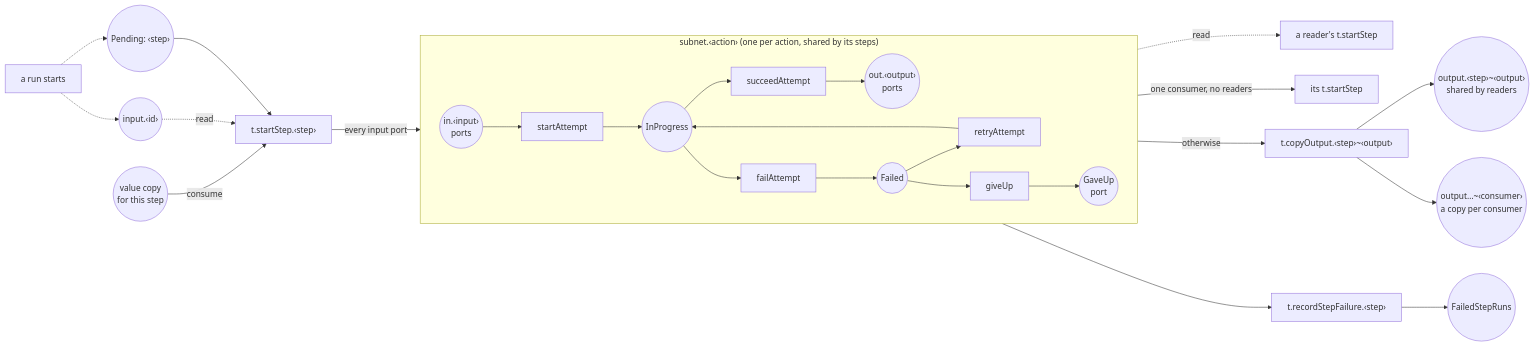
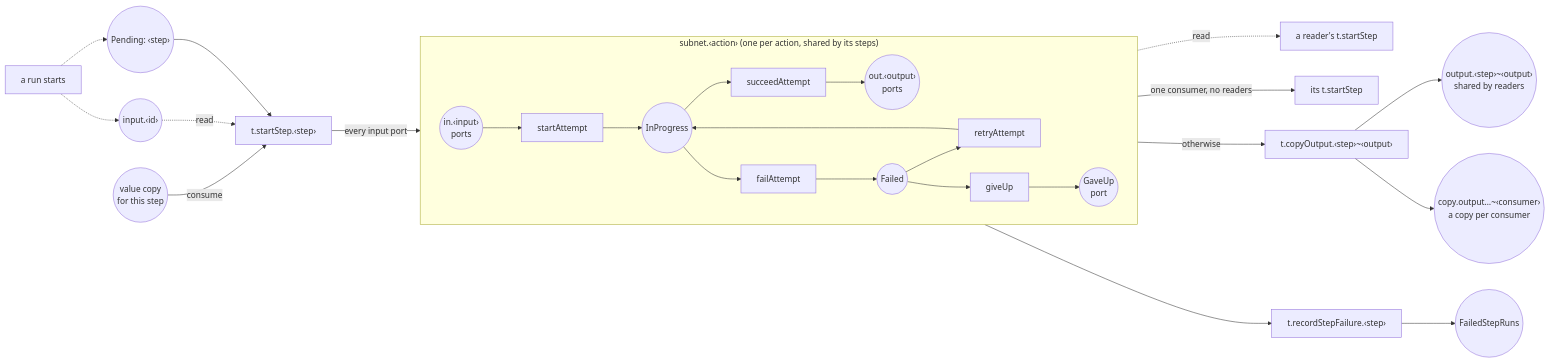
One commit to hashintel/hash changed the second of 3 diagrams in libs/@local/flow-petri-net/README.md. Above: the diagram before and after it, drawn with Mermaid. The commit also changed other lines of this file and 2 other files, not shown here.

Commit message:
Give copies a key namespace of their own, so no flow input's name can make a copy's key another value's

````diff
--- a/libs/@local/flow-petri-net/README.md
+++ b/libs/@local/flow-petri-net/README.md
@@ -54,32 +54,32 @@
 ```mermaid
 flowchart LR
   runStart["a run starts"] -.-> inputPlace(("input.‹id›"))
   runStart -.-> pending(("Pending: ‹step›"))
 
   pending --> startStep["t.startStep.‹step›"]
   inputPlace -. read .-> startStep
   upstreamCopy(("value copy<br/>for this step")) -- consume --> startStep
 
   subgraph subnet ["subnet.‹action› (one per action, shared by its steps)"]
     direction LR
     inPorts(("in.‹input›<br/>ports")) --> startAttempt["startAttempt"]
     startAttempt --> inProgress(("InProgress"))
     inProgress --> succeedAttempt["succeedAttempt"]
     succeedAttempt --> outPorts(("out.‹output›<br/>ports"))
     inProgress --> failAttempt["failAttempt"]
     failAttempt --> failed(("Failed"))
     failed --> retryAttempt["retryAttempt"]
     retryAttempt --> inProgress
     failed --> giveUp["giveUp"]
     giveUp --> gaveUp(("GaveUp<br/>port"))
   end
 
   startStep -- every input port --> inPorts
   outPorts -. read .-> reader["a reader's t.startStep"]
   outPorts -- "one consumer, no readers" --> consumer["its t.startStep"]
   outPorts -- "otherwise" --> copy["t.copyOutput.‹step›~‹output›"]
   copy --> shared(("output.‹step›~‹output›<br/>shared by readers"))
-  copy --> copies(("output…~‹consumer›<br/>a copy per consumer"))
+  copy --> copies(("copy.output…~‹consumer›<br/>a copy per consumer"))
   gaveUp --> recordStepFailure["t.recordStepFailure.‹step›"]
   recordStepFailure --> failedStepRuns(("FailedStepRuns"))
 ```
````
